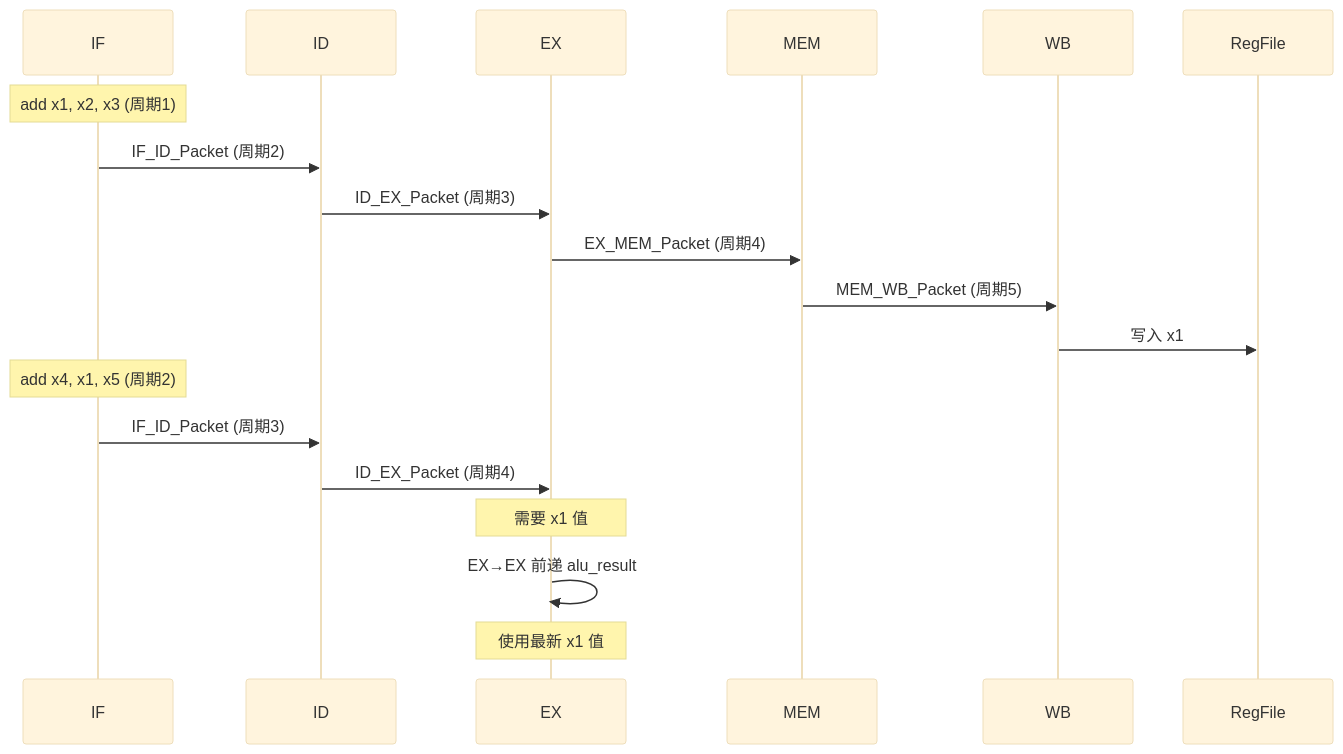
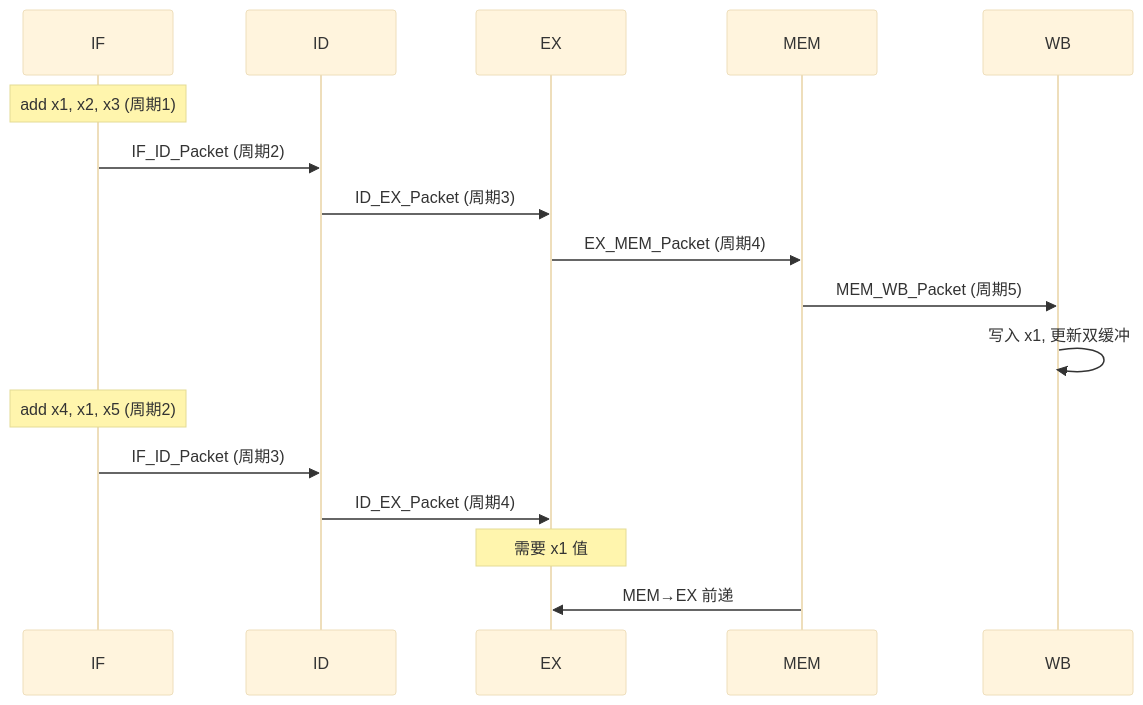
Before and after one commit to daivy2333/riscv-bsv-processor: the fourth of 5 diagrams in docs/data-forwarding.md, drawn with Mermaid (base theme). The commit also changed other lines of this file and 6 other files, not shown here.

````diff
--- a/docs/data-forwarding.md
+++ b/docs/data-forwarding.md
@@ -66,23 +97,21 @@
 ```mermaid
 sequenceDiagram
     participant I as IF
     participant D as ID
     participant E as EX
     participant M as MEM
     participant W as WB
-    participant R as RegFile
 
     Note over I: add x1, x2, x3 (周期1)
     I->>D: IF_ID_Packet (周期2)
     D->>E: ID_EX_Packet (周期3)
     E->>M: EX_MEM_Packet (周期4)
     M->>W: MEM_WB_Packet (周期5)
-    W->>R: 写入 x1
+    W->>W: 写入 x1, 更新双缓冲
 
     Note over I: add x4, x1, x5 (周期2)
     I->>D: IF_ID_Packet (周期3)
     D->>E: ID_EX_Packet (周期4)
     Note over E: 需要 x1 值
-    E->>E: EX→EX 前递 alu_result
-    Note over E: 使用最新 x1 值
+    M->>E: MEM→EX 前递
 ```
````
